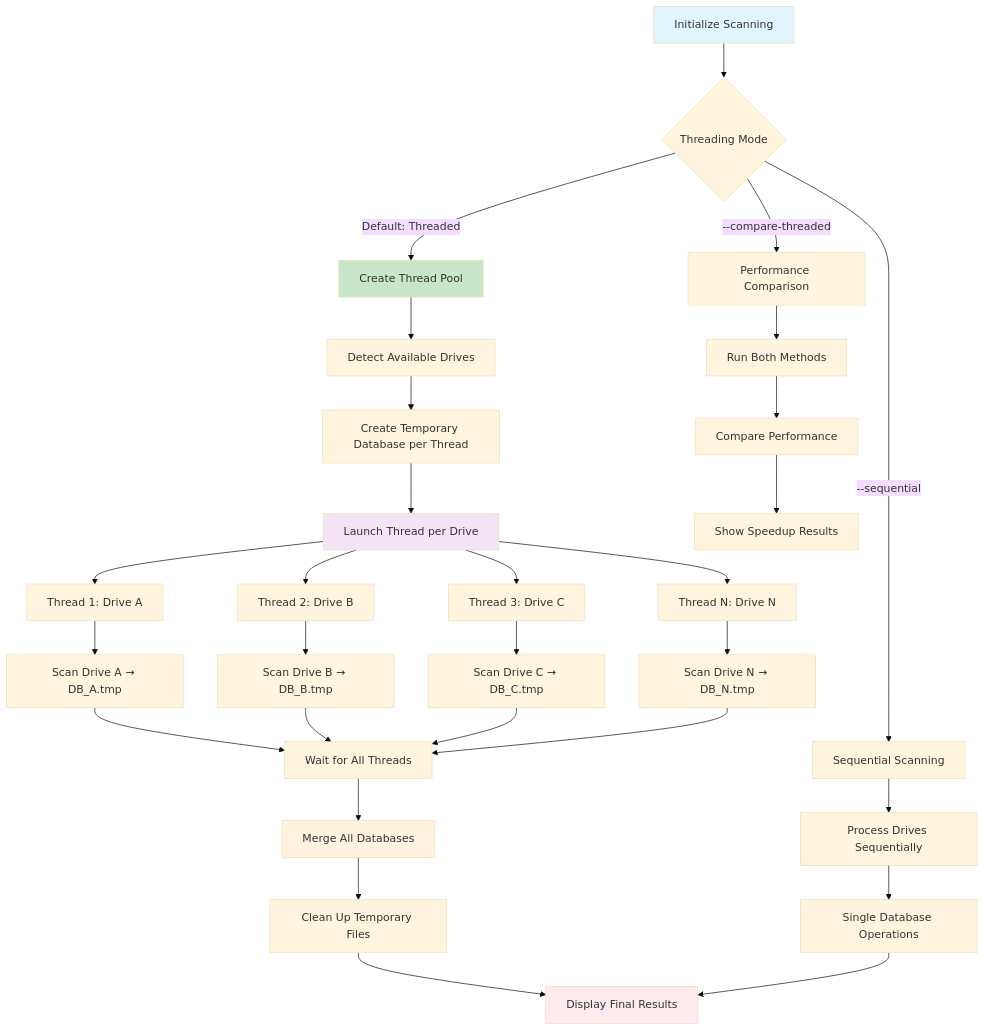
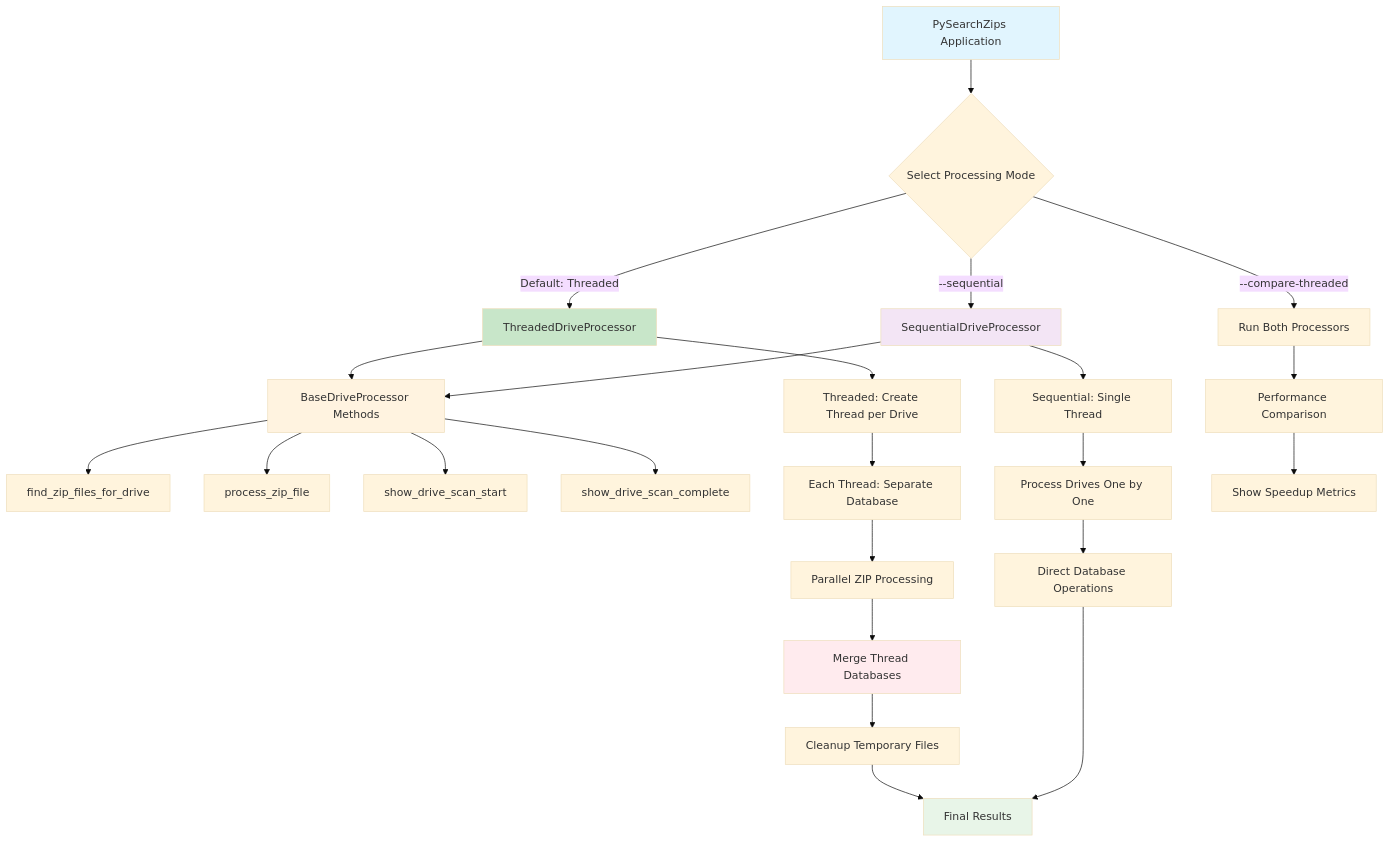
One commit to cschladetsch/PySeachZips changed the second of 5 diagrams in README.md. Above: the diagram before and after it, drawn with Mermaid (base theme). The commit also changed other lines of this file, not shown here.

````diff
--- a/README.md
+++ b/README.md
@@ -83,45 +114,39 @@
 ```mermaid
 flowchart TD
-    A[Initialize Scanning] --> B{Threading Mode}
+    A[PySearchZips Application] --> B{Select Processing Mode}
     
-    B -->|Default: Threaded| C[Create Thread Pool]
-    B -->|--sequential| D[Sequential Scanning]
-    B -->|--compare-threaded| E[Performance Comparison]
+    B -->|Default: Threaded| C[ThreadedDriveProcessor]
+    B -->|--sequential| D[SequentialDriveProcessor]
+    B -->|--compare-threaded| E[Run Both Processors]
     
-    C --> F[Detect Available Drives]
-    F --> G[Create Temporary Database per Thread]
-    G --> H[Launch Thread per Drive]
+    C --> F[BaseDriveProcessor Methods]
+    D --> F
     
-    H --> I1[Thread 1: Drive A]
-    H --> I2[Thread 2: Drive B]
-    H --> I3[Thread 3: Drive C]
-    H --> I4[Thread N: Drive N]
+    F --> G[find_zip_files_for_drive]
+    F --> H[process_zip_file]  
+    F --> I[show_drive_scan_start]
+    F --> J[show_drive_scan_complete]
     
-    I1 --> J1[Scan Drive A → DB_A.tmp]
-    I2 --> J2[Scan Drive B → DB_B.tmp]  
-    I3 --> J3[Scan Drive C → DB_C.tmp]
-    I4 --> J4[Scan Drive N → DB_N.tmp]
+    C --> K[Threaded: Create Thread per Drive]
+    K --> L[Each Thread: Separate Database]
+    L --> M[Parallel ZIP Processing]
+    M --> N[Merge Thread Databases]
+    N --> O[Cleanup Temporary Files]
     
-    J1 --> K[Wait for All Threads]
-    J2 --> K
-    J3 --> K
-    J4 --> K
+    D --> P[Sequential: Single Thread]
+    P --> Q[Process Drives One by One]  
+    Q --> R[Direct Database Operations]
     
-    K --> L[Merge All Databases]
-    L --> M[Clean Up Temporary Files]
-    M --> N[Display Final Results]
+    O --> S[Final Results]
+    R --> S
     
-    D --> O[Process Drives Sequentially]
-    O --> P[Single Database Operations]
-    P --> N
-    
-    E --> Q[Run Both Methods]
-    Q --> R[Compare Performance]
-    R --> S[Show Speedup Results]
+    E --> T[Performance Comparison]
+    T --> U[Show Speedup Metrics]
     
     style A fill:#e1f5fe
     style C fill:#c8e6c9
-    style H fill:#f3e5f5
-    style L fill:#fff3e0
+    style D fill:#f3e5f5
+    style F fill:#fff3e0
     style N fill:#ffebee
+    style S fill:#e8f5e8
 ```
````
